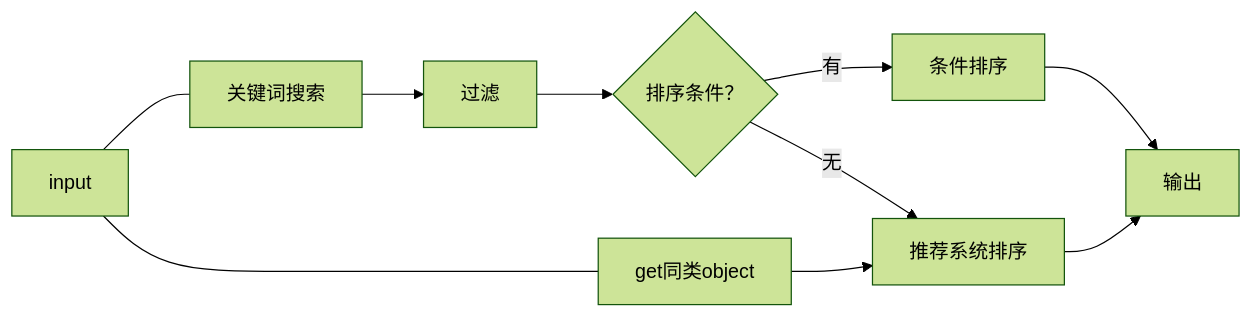
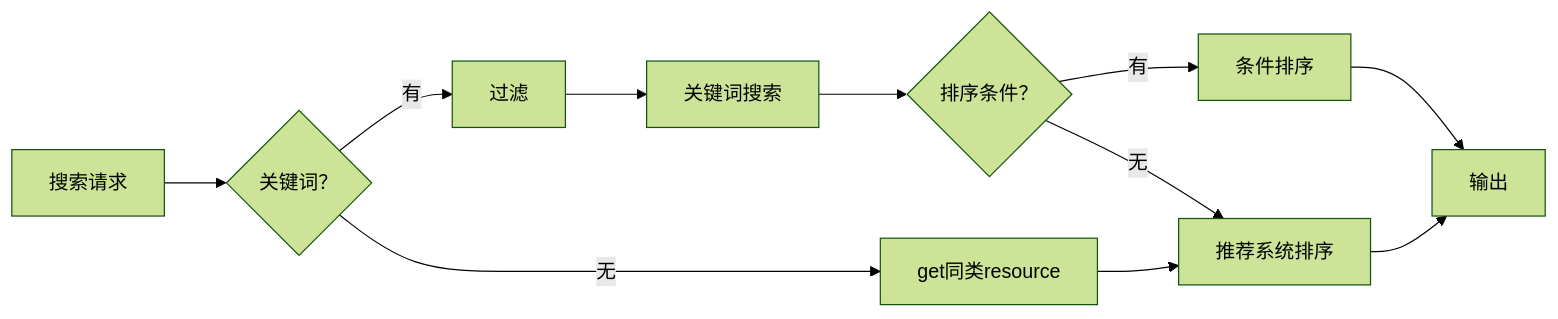
Before and after one commit to TouhouCloudMusic/thcdb: the second of 2 diagrams in server/docs/architecture/data_management/search/design.md, drawn with Mermaid (forest theme). The commit also changed other lines of this file and 27 other files, not shown here.

````diff
--- a/server/docs/architecture/data_management/search/design.md
+++ b/server/docs/architecture/data_management/search/design.md
@@ -40,15 +42,17 @@
 ```mermaid
 graph LR
-    input[input]
-    get_object_type_data[get同类object]
-    search[关键词搜索]
+    input[搜索请求]
+    have_keyword?{关键词？}
+    get_same_kind_resource_data[get同类resource]
+    search_keyword[关键词搜索]
     had_sort_condition?{排序条件？}
     condition_sort[条件排序]
     recommendation_sort[推荐系统排序]
     filter[过滤]
     output[输出]
-    input --- search --> filter --> had_sort_condition?;
+    input --> have_keyword?;
+    have_keyword? --有--> filter --> search_keyword --> had_sort_condition?;
     had_sort_condition? --有--> condition_sort --> output;
     had_sort_condition? --无--> recommendation_sort --> output;
-    input --- get_object_type_data --> recommendation_sort;
+    have_keyword? --无--> get_same_kind_resource_data --> recommendation_sort;
 ```
````
